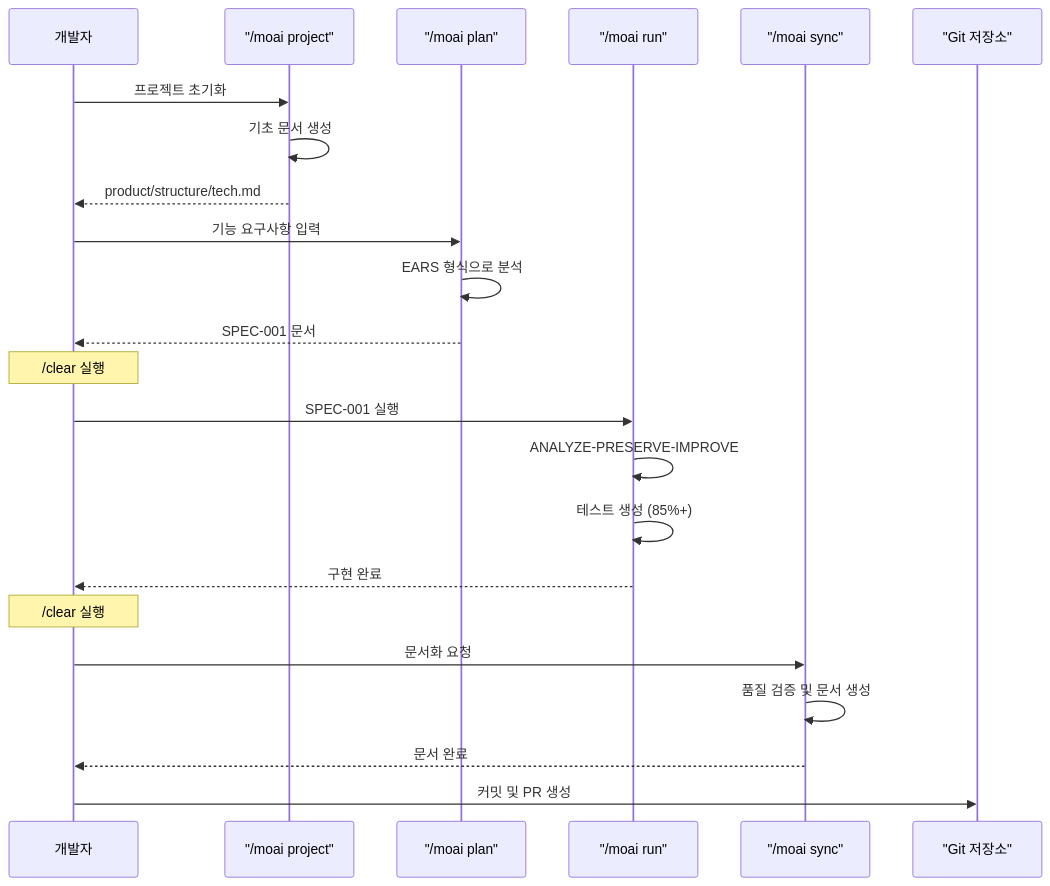
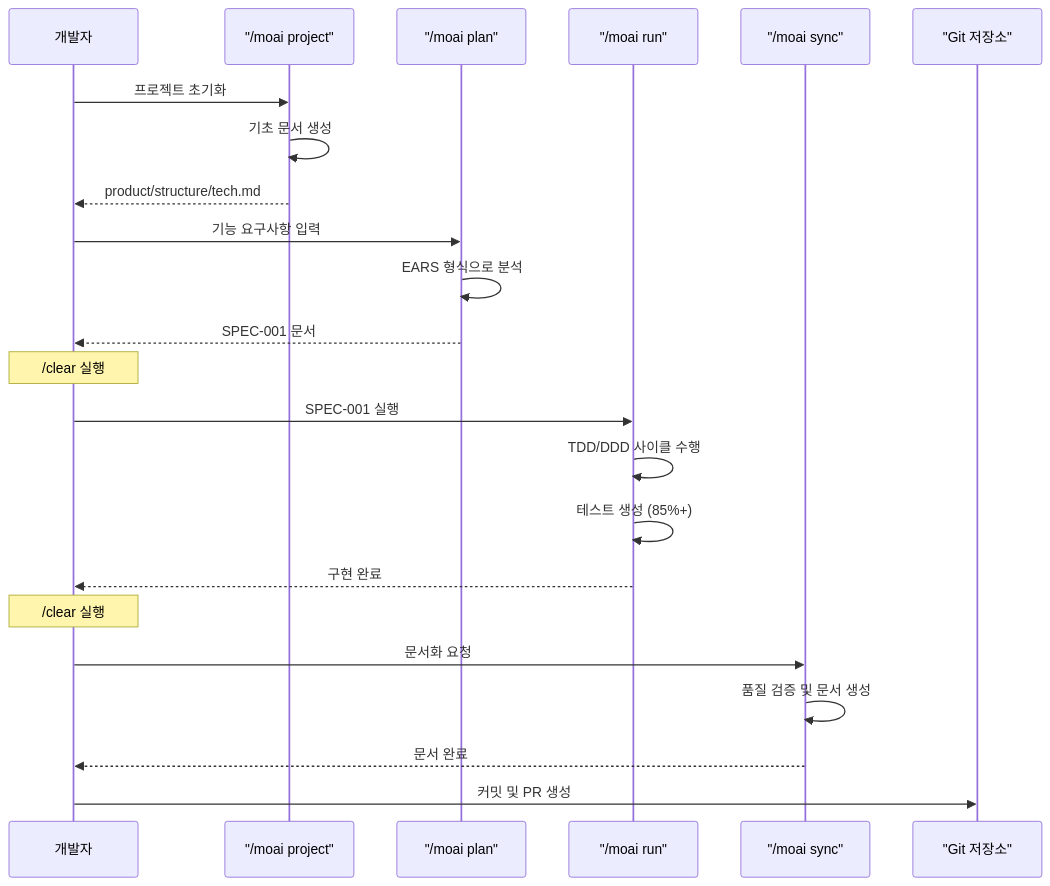
The seventh of 9 diagrams in docs-site/content/ko/getting-started/quickstart.md (modu-ai/moai-adk), drawn with Mermaid before and after one commit. The commit also changed other lines of this file and 395 other files, not shown here.

````diff
--- a/docs-site/content/ko/getting-started/quickstart.md
+++ b/docs-site/content/ko/getting-started/quickstart.md
@@ -247,32 +249,32 @@
 ```mermaid
 sequenceDiagram
     participant Dev as 개발자
     participant Project as "/moai project"
     participant Plan as "/moai plan"
     participant Run as "/moai run"
     participant Sync as "/moai sync"
     participant Git as "Git 저장소"
 
     Dev->>Project: 프로젝트 초기화
     Project->>Project: 기초 문서 생성
     Project-->>Dev: product/structure/tech.md
 
     Dev->>Plan: 기능 요구사항 입력
     Plan->>Plan: EARS 형식으로 분석
     Plan-->>Dev: SPEC-001 문서
 
     Note over Dev: /clear 실행
 
     Dev->>Run: SPEC-001 실행
-    Run->>Run: ANALYZE-PRESERVE-IMPROVE
+    Run->>Run: TDD/DDD 사이클 수행
     Run->>Run: 테스트 생성 (85%+)
     Run-->>Dev: 구현 완료
 
     Note over Dev: /clear 실행
 
     Dev->>Sync: 문서화 요청
     Sync->>Sync: 품질 검증 및 문서 생성
     Sync-->>Dev: 문서 완료
 
     Dev->>Git: 커밋 및 PR 생성
 ```
````
